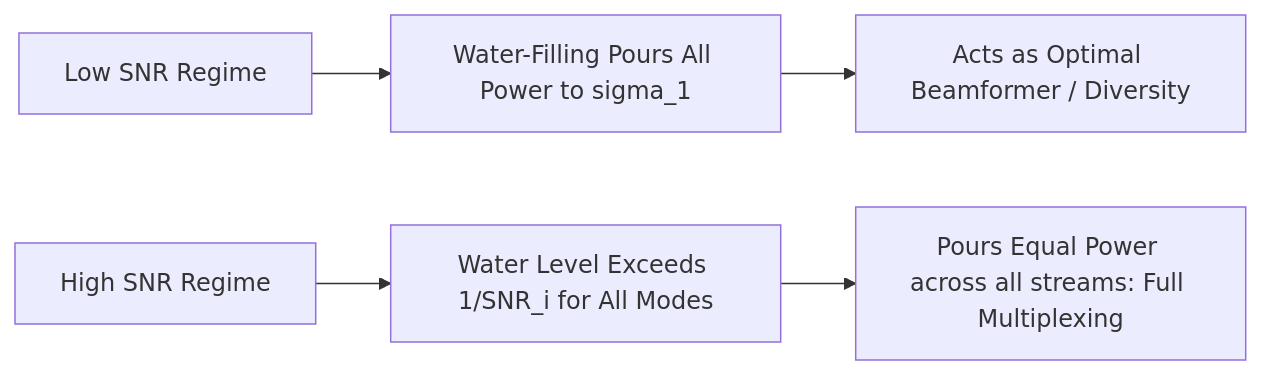
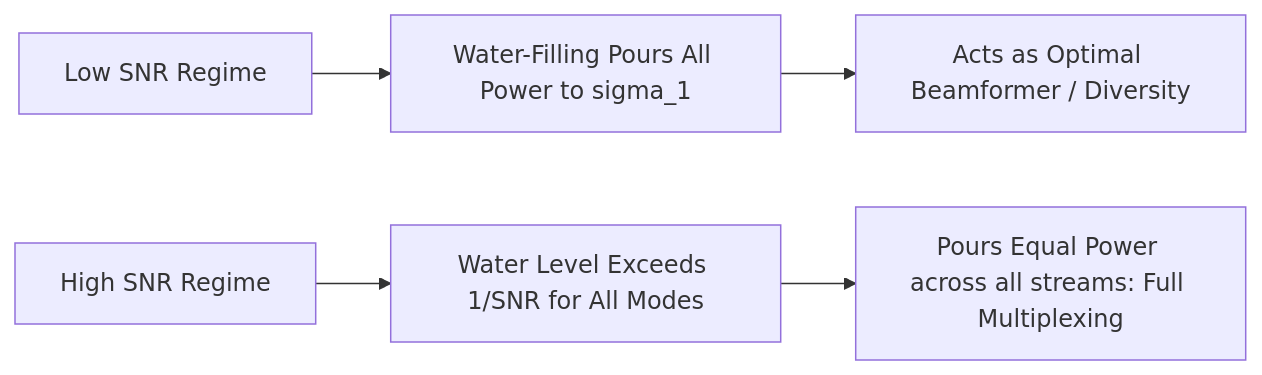
The diagram in 03_optimization_svd_waterfilling/README.md (anupamsarashwat1-cloud/Mobile-communication-project), drawn with Mermaid before and after one commit. The commit also changed 4 other files, not shown here.

Commit message:
fix(docs): quote all mermaid node labels and escape operators for GitHub markdown rendering

````diff
--- a/03_optimization_svd_waterfilling/README.md
+++ b/03_optimization_svd_waterfilling/README.md
@@ -51,7 +51,7 @@
 ```mermaid
 graph LR
-    A[Low SNR Regime] --> B[Water-Filling Pours All Power to sigma_1]
-    B --> C[Acts as Optimal Beamformer / Diversity]
-    D[High SNR Regime] --> E[Water Level Exceeds 1/SNR_i for All Modes]
-    E --> F[Pours Equal Power across all streams: Full Multiplexing]
+    A["Low SNR Regime"] --> B["Water-Filling Pours All Power to sigma_1"]
+    B --> C["Acts as Optimal Beamformer / Diversity"]
+    D["High SNR Regime"] --> E["Water Level Exceeds 1/SNR for All Modes"]
+    E --> F["Pours Equal Power across all streams: Full Multiplexing"]
 ```
````
